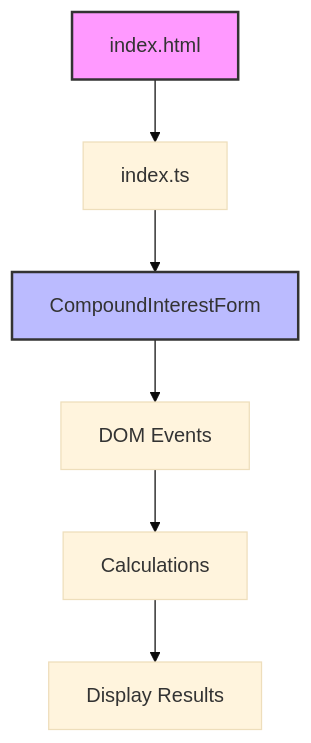
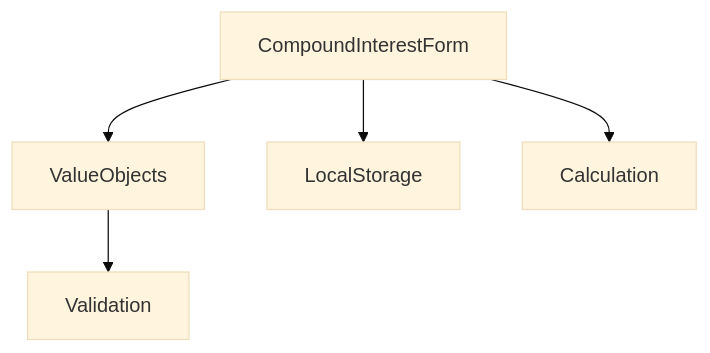
The diagram in docs/project-overview.md (AIcodeAcademy/meetup_v01), drawn with Mermaid (base theme) before and after one commit. The commit also changed other lines of this file and 4 other files, not shown here.

````diff
--- a/docs/project-overview.md
+++ b/docs/project-overview.md
@@ -50,10 +5,7 @@
 ```mermaid
 graph TD
-    A[index.html] --> B[index.ts]
-    B --> C[CompoundInterestForm]
-    C --> D[DOM Events]
-    D --> E[Calculations]
-    E --> F[Display Results]
-    style A fill:#f9f,stroke:#333,stroke-width:2px
-    style C fill:#bbf,stroke:#333,stroke-width:2px
+    A[CompoundInterestForm] --> B[ValueObjects]
+    A --> C[LocalStorage]
+    B --> D[Validation]
+    A --> E[Calculation]
 ```
````
